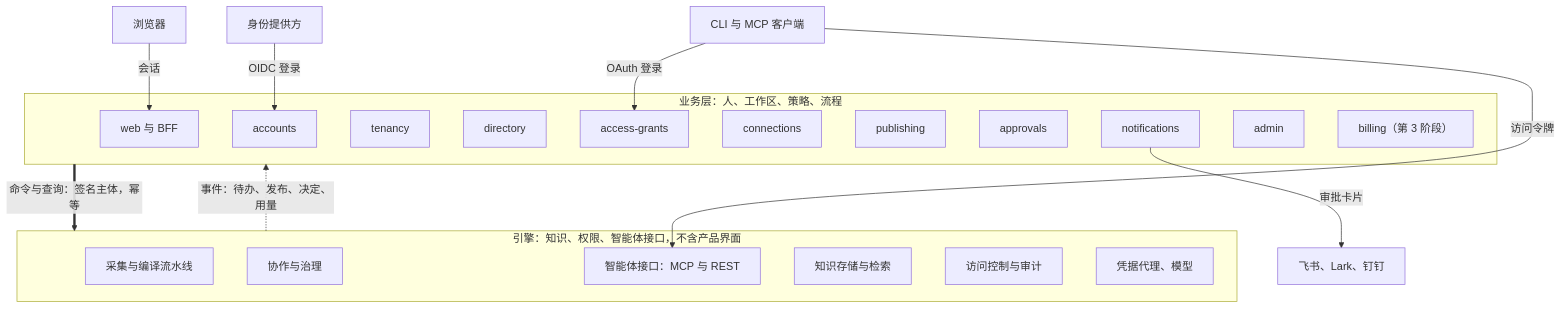
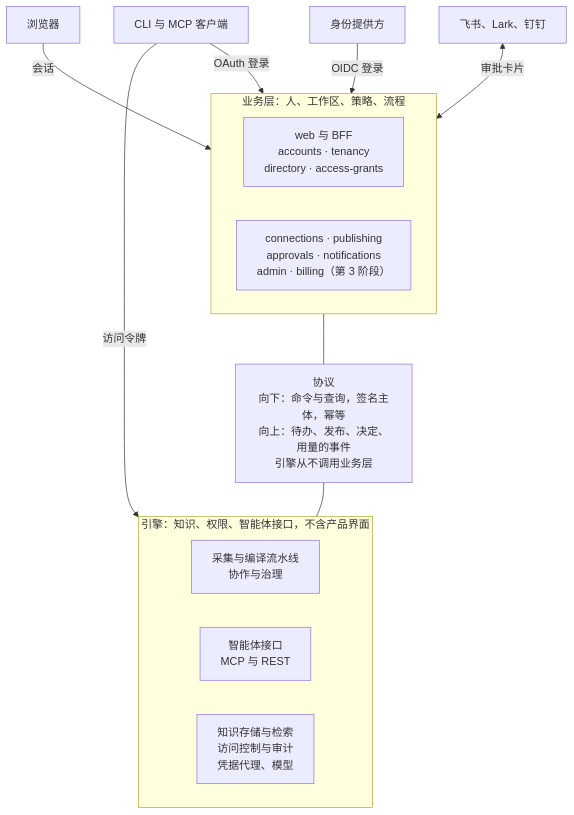
The second of 2 diagrams in docs/zh/design/business-layer.md (AngelMsger/Inspiration), drawn with Mermaid before and after one commit. The commit also changed other lines of this file and 4 other files, not shown here.

First line of the commit message:
Docs: add the business layer design and its engine contract

````diff
--- a/docs/zh/design/business-layer.md
+++ b/docs/zh/design/business-layer.md
@@ -256,35 +259,25 @@
 ```mermaid
 flowchart TB
   browser[浏览器]
   idp[身份提供方]
+  agents[CLI 与 MCP 客户端]
   im["飞书、Lark、钉钉"]
-  clients[CLI 与 MCP 客户端]
   subgraph business["业务层：人、工作区、策略、流程"]
-    web[web 与 BFF]
-    accounts[accounts]
-    tenancy[tenancy]
-    directory[directory]
-    grants[access-grants]
-    connections[connections]
-    publishing[publishing]
-    approvals[approvals]
-    notifications[notifications]
-    admin[admin]
-    billing["billing（第 3 阶段）"]
+    direction LR
+    identity["web 与 BFF<br/>accounts · tenancy<br/>directory · access-grants"]
+    workflow["connections · publishing<br/>approvals · notifications<br/>admin · billing（第 3 阶段）"]
   end
+  protocol["协议<br/>向下：命令与查询，签名主体，幂等<br/>向上：待办、发布、决定、用量的事件<br/>引擎从不调用业务层"]
   subgraph engine["引擎：知识、权限、智能体接口，不含产品界面"]
-    pipeline[采集与编译流水线]
-    governance[协作与治理]
-    agentapi["智能体接口：MCP 与 REST"]
-    store[知识存储与检索]
-    access[访问控制与审计]
-    broker["凭据代理、模型"]
+    direction LR
+    pipeline["采集与编译流水线<br/>协作与治理"]
+    agentapi["智能体接口<br/>MCP 与 REST"]
+    platform["知识存储与检索<br/>访问控制与审计<br/>凭据代理、模型"]
   end
-  browser -- 会话 --> web
-  idp -- OIDC 登录 --> accounts
-  notifications -- 审批卡片 --> im
-  clients -- OAuth 登录 --> grants
-  clients -- 访问令牌 --> agentapi
-  business == "命令与查询：签名主体，幂等" ==> engine
-  engine -. "事件：待办、发布、决定、用量" .-> business
+  browser -- 会话 --> identity
+  idp -- OIDC 登录 --> identity
+  agents -- OAuth 登录 --> identity
+  im <-- 审批卡片 --> workflow
+  business --- protocol --- engine
+  agents -- 访问令牌 --> agentapi
 ```
````
